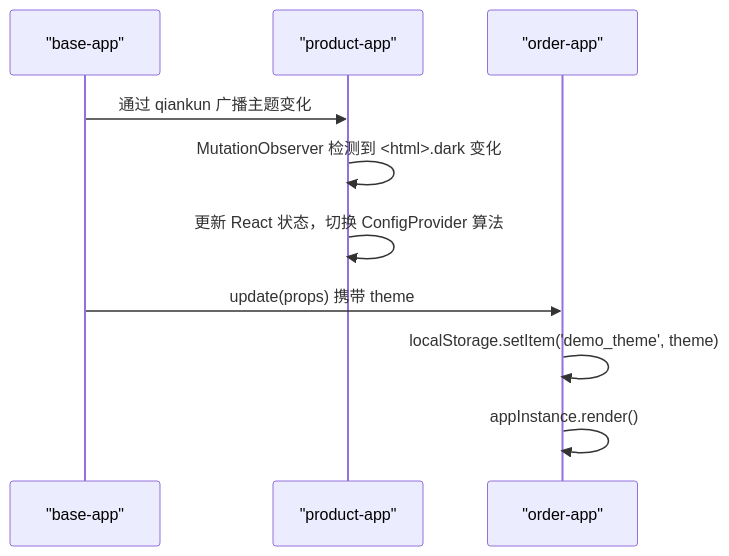
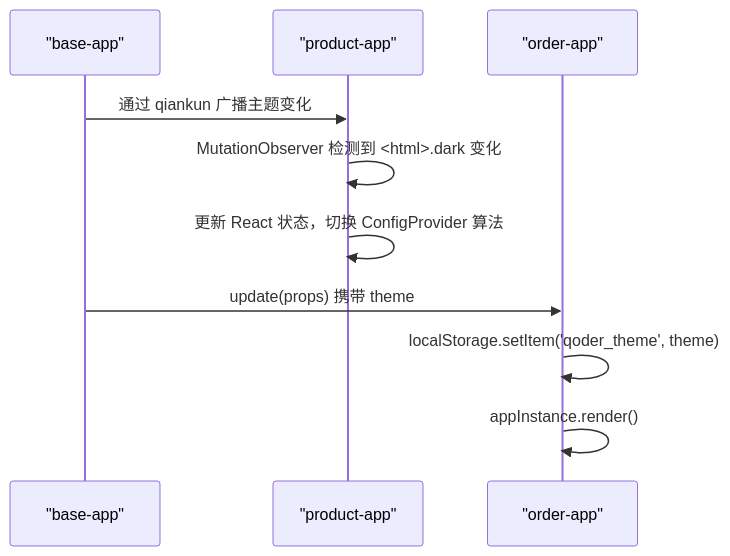
The sixth of 7 diagrams in .qoder/repowiki/zh/content/前端架构设计/主题系统.md (haohailiang/qoder-fullstack), drawn with Mermaid before and after one commit. The commit also changed other lines of this file and 45 other files, not shown here.

````diff
--- a/.qoder/repowiki/zh/content/前端架构设计/主题系统.md
+++ b/.qoder/repowiki/zh/content/前端架构设计/主题系统.md
@@ -230,12 +230,12 @@
 ```mermaid
 sequenceDiagram
 participant B as "base-app"
 participant P as "product-app"
 participant O as "order-app"
 B->>P : 通过 qiankun 广播主题变化
 P->>P : MutationObserver 检测到 <html>.dark 变化
 P->>P : 更新 React 状态，切换 ConfigProvider 算法
 B->>O : update(props) 携带 theme
-O->>O : localStorage.setItem('demo_theme', theme)
+O->>O : localStorage.setItem('qoder_theme', theme)
 O->>O : appInstance.render()
 ```
````
